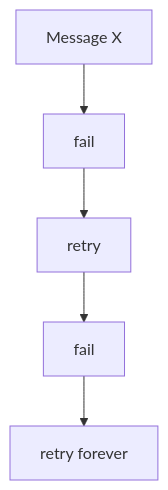
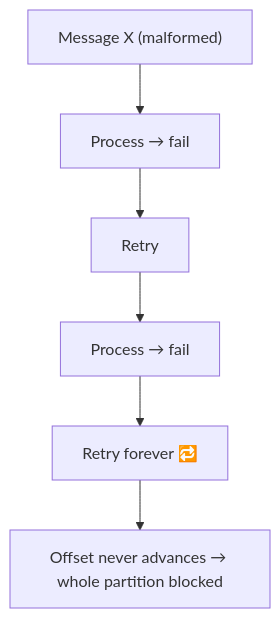
One commit to pankajThakur1874/studysheet changed diagram 15 of 31 in files/08-edge-cases/Tier-4-Kafka-Deep-Dive.md. Above: the diagram before and after it, drawn with Mermaid. The commit also changed other lines of this file and 5 other files, not shown here.

````diff
--- a/files/08-edge-cases/Tier-4-Kafka-Deep-Dive.md
+++ b/files/08-edge-cases/Tier-4-Kafka-Deep-Dive.md
@@ -273,7 +575,8 @@
 ```mermaid
 flowchart TD
-    MX["Message X"] --> F1["fail"]
-    F1 --> R1["retry"]
-    R1 --> F2["fail"]
-    F2 --> R2["retry forever"]
+    MX["Message X (malformed)"] --> F1["Process → fail"]
+    F1 --> R1["Retry"]
+    R1 --> F2["Process → fail"]
+    F2 --> R2["Retry forever 🔁"]
+    R2 --> Stuck["Offset never advances → whole partition blocked"]
 ```
````
